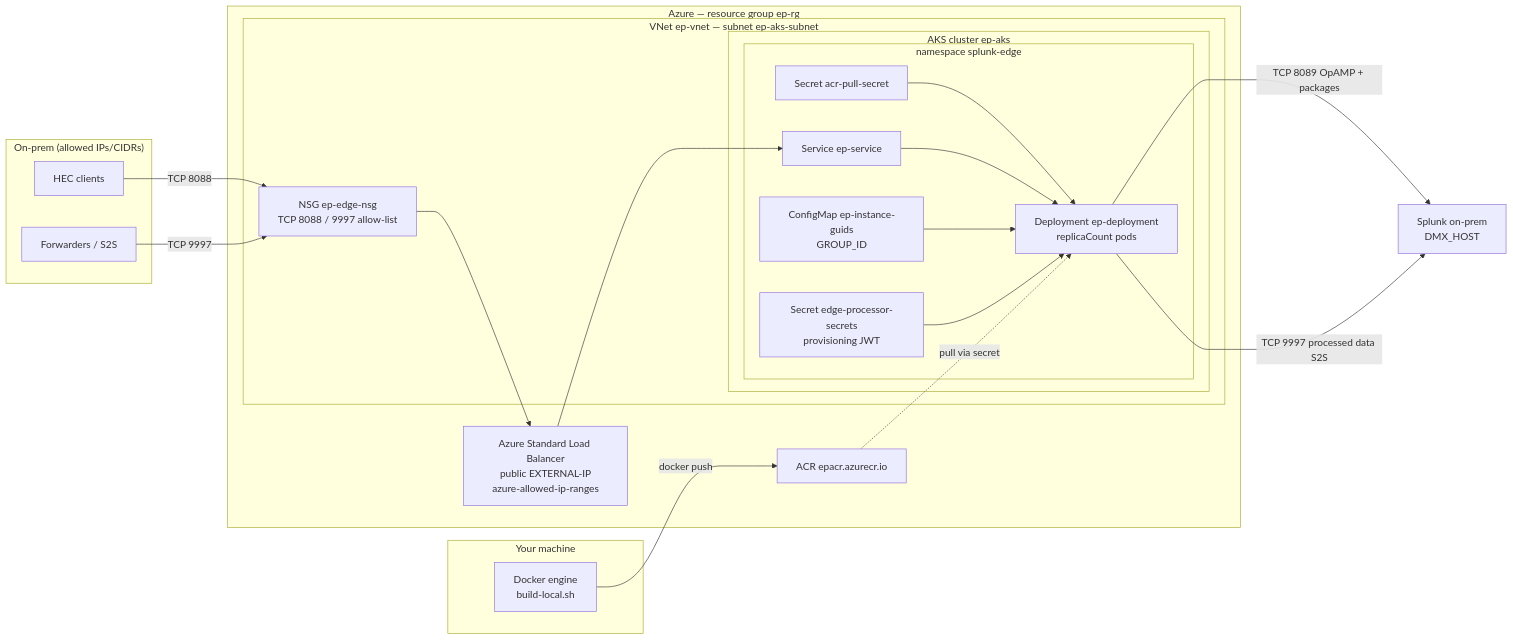
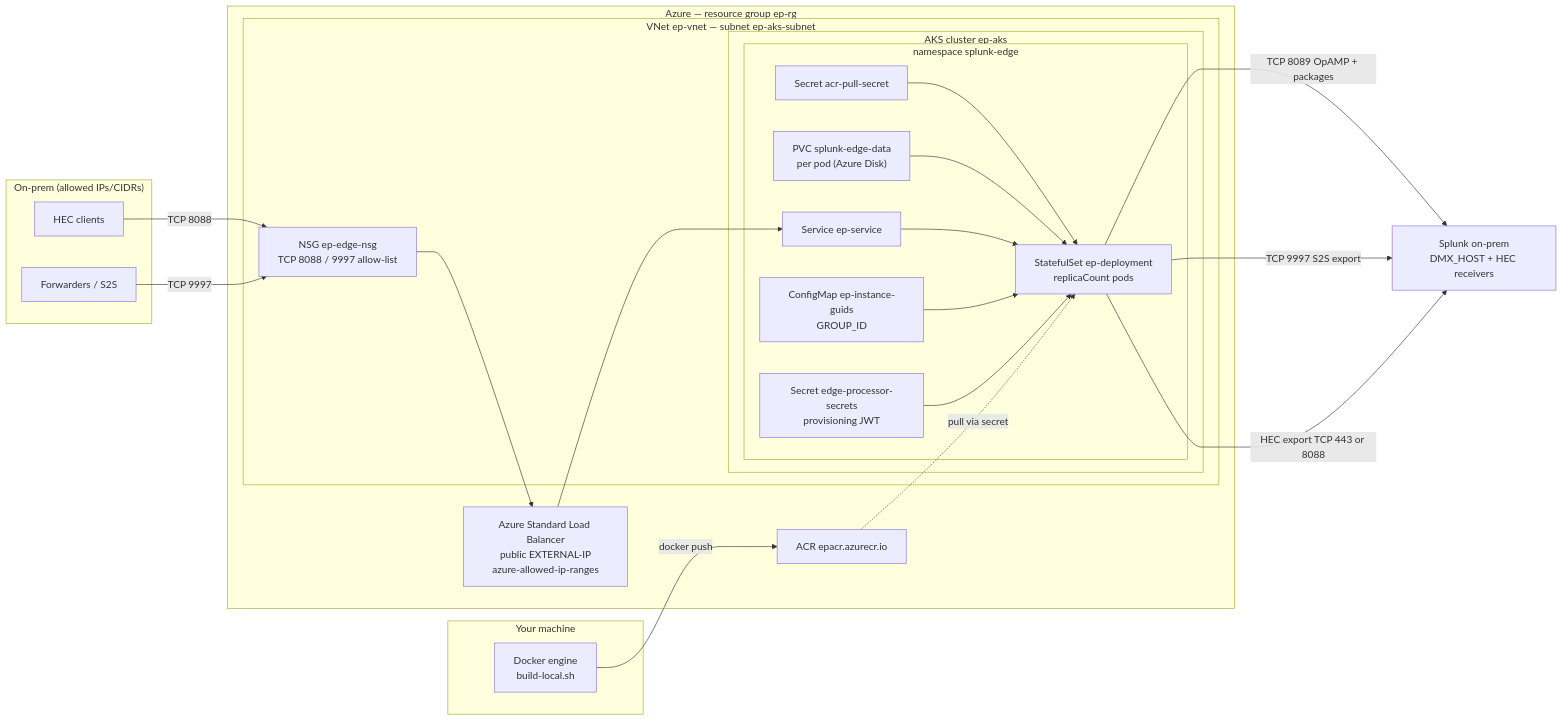
The diagram in README.md (joshal-source/EP_AKS), drawn with Mermaid before and after one commit. The commit also changed other lines of this file and 8 other files, not shown here.

First line of the commit message:
Add per-pod PVC storage and document outbound HEC export ports.

````diff
--- a/README.md
+++ b/README.md
@@ -26,43 +26,46 @@
 ```mermaid
 flowchart LR
   subgraph onprem["On-prem (allowed IPs/CIDRs)"]
     HEC["HEC clients"]
     UF["Forwarders / S2S"]
   end
 
   subgraph local["Your machine"]
     docker["Docker engine<br/>build-local.sh"]
   end
 
   subgraph azure["Azure — resource group ep-rg"]
     acr["ACR epacr.azurecr.io"]
     subgraph vnet["VNet ep-vnet — subnet ep-aks-subnet"]
       nsg["NSG ep-edge-nsg<br/>TCP 8088 / 9997 allow-list"]
       subgraph aks["AKS cluster ep-aks"]
         subgraph ns["namespace splunk-edge"]
           pullsec["Secret acr-pull-secret"]
-          dep["Deployment ep-deployment<br/>replicaCount pods"]
+          dep["StatefulSet ep-deployment<br/>replicaCount pods"]
+          pvc["PVC splunk-edge-data<br/>per pod (Azure Disk)"]
           svc["Service ep-service"]
           cm["ConfigMap ep-instance-guids<br/>GROUP_ID"]
           sec["Secret edge-processor-secrets<br/>provisioning JWT"]
         end
       end
     end
     lb["Azure Standard Load Balancer<br/>public EXTERNAL-IP<br/>azure-allowed-ip-ranges"]
   end
 
-  splunk["Splunk on-prem<br/>DMX_HOST"]
+  splunk["Splunk on-prem<br/>DMX_HOST + HEC receivers"]
 
   docker -->|"docker push"| acr
   pullsec --> dep
   acr -.->|"pull via secret"| dep
   HEC -->|"TCP 8088"| nsg
   UF -->|"TCP 9997"| nsg
   nsg --> lb
   lb --> svc
   svc --> dep
   cm --> dep
   sec --> dep
+  pvc --> dep
   dep -->|"TCP 8089 OpAMP + packages"| splunk
-  dep -->|"TCP 9997 processed data S2S"| splunk
+  dep -->|"TCP 9997 S2S export"| splunk
+  dep -->|"HEC export TCP 443 or 8088"| splunk
 ```
````
